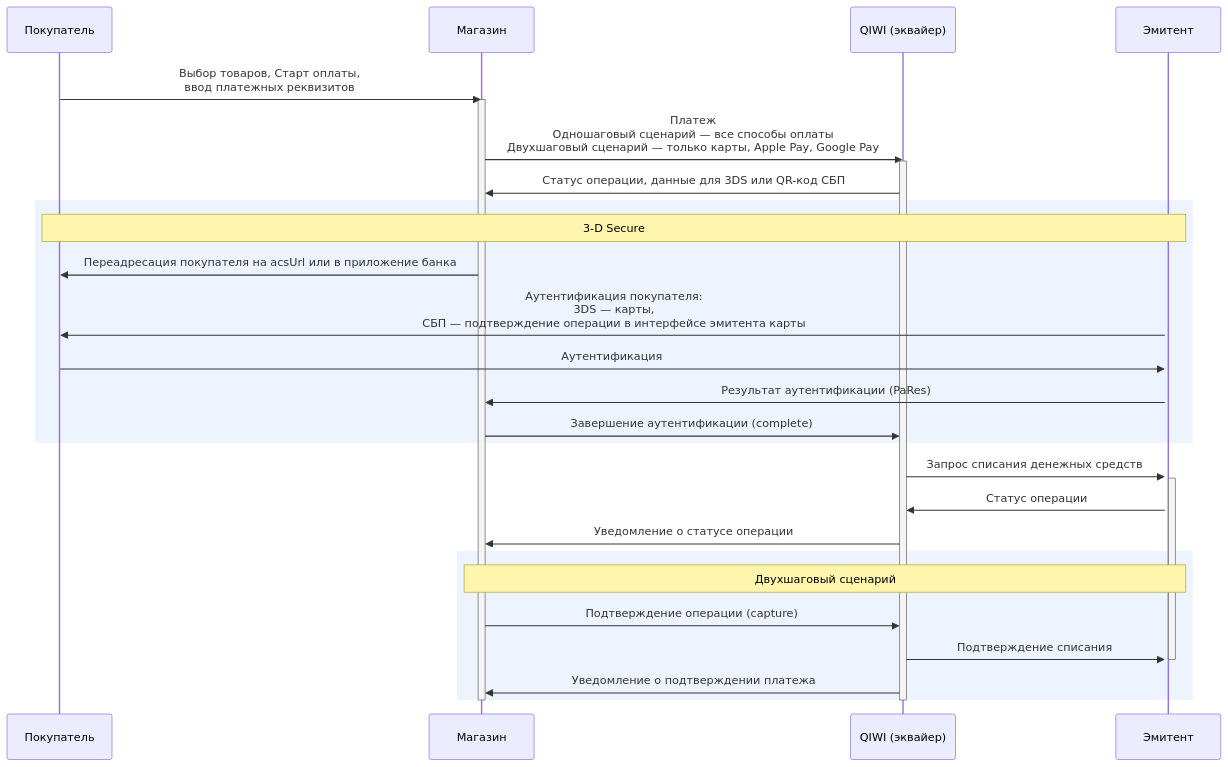
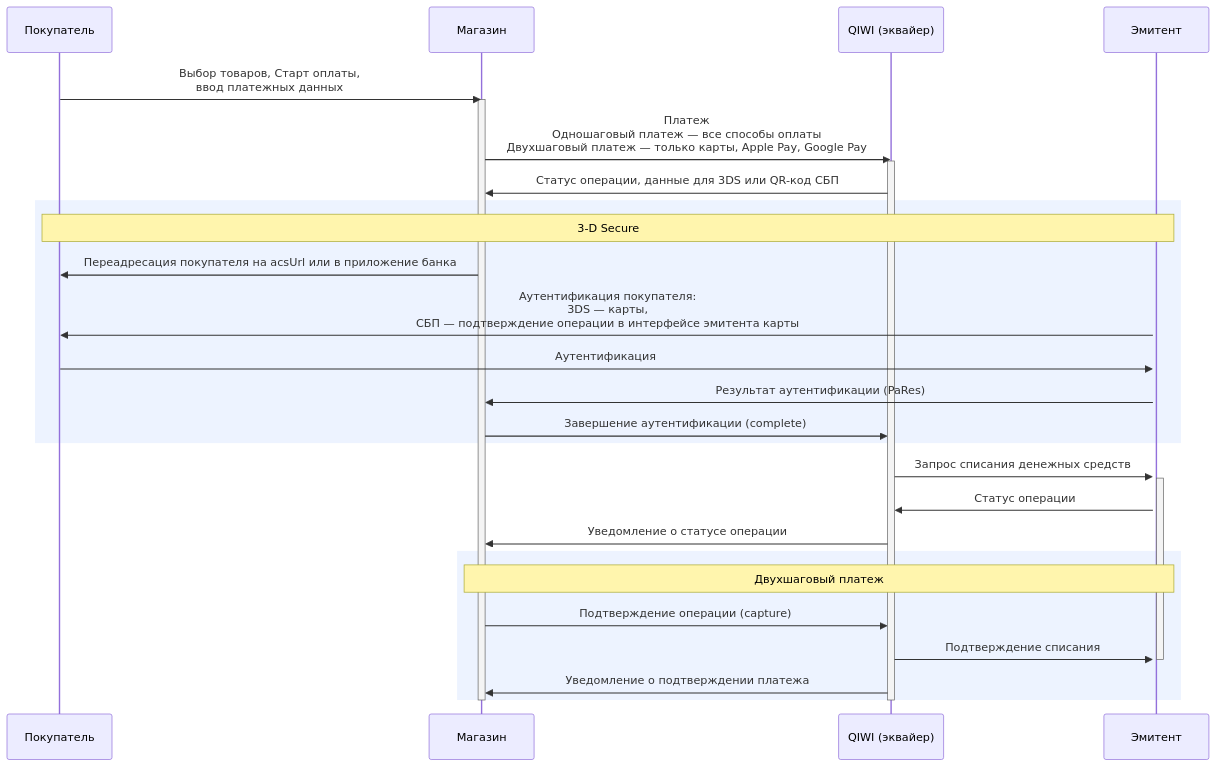
One commit to QIWI-API/payments-docs changed the diagram in _merchant-form_ru.html.md. Above: the diagram before and after it, drawn with Mermaid. The commit also changed other lines of this file and 18 other files, not shown here.

```diff
--- a/_merchant-form_ru.html.md
+++ b/_merchant-form_ru.html.md
@@ -21,34 +21,34 @@
 <div class="mermaid">
 sequenceDiagram
 participant customer as Покупатель
 participant store as Магазин
 participant qb as QIWI (эквайер)
 participant ips as Эмитент
-customer->>store:Выбор товаров, Старт оплаты,<br/>ввод платежных реквизитов
+customer->>store:Выбор товаров, Старт оплаты,<br/>ввод платежных данных
 activate store
-store->>qb:Платеж<br/>Одношаговый сценарий — все способы оплаты<br/>Двухшаговый сценарий — только карты, Apple Pay, Google Pay
+store->>qb:Платеж<br/>Одношаговый платеж — все способы оплаты<br/>Двухшаговый платеж — только карты, Apple Pay, Google Pay
 activate qb
 qb->>store:Статус операции, данные для 3DS или QR-код СБП
 rect rgb(237, 243, 255)
 Note over customer, ips:3-D Secure
 store->>customer:Переадресация покупателя на acsUrl или в приложение банка
 activate ips
 ips->>customer:Аутентификация покупателя:<br/>3DS — карты,<br/>СБП — подтверждение операции в интерфейсе эмитента карты
 customer->>ips:Аутентификация
 ips->>store:Результат аутентификации (PaRes)
 store->>qb:Завершение аутентификации (complete)
 end
 qb->>ips:Запрос списания денежных средств
 activate ips
 ips->>qb:Статус операции
 qb->>store:Уведомление о статусе операции
 rect rgb(237, 243, 255)
-Note over store, ips:Двухшаговый сценарий
+Note over store, ips:Двухшаговый платеж
 store->>qb:Подтверждение операции (capture)
 qb->>ips:Подтверждение списания
 deactivate ips
 qb->>store:Уведомление о подтверждении платежа
 end
 deactivate qb
 deactivate store
 </div>
```
